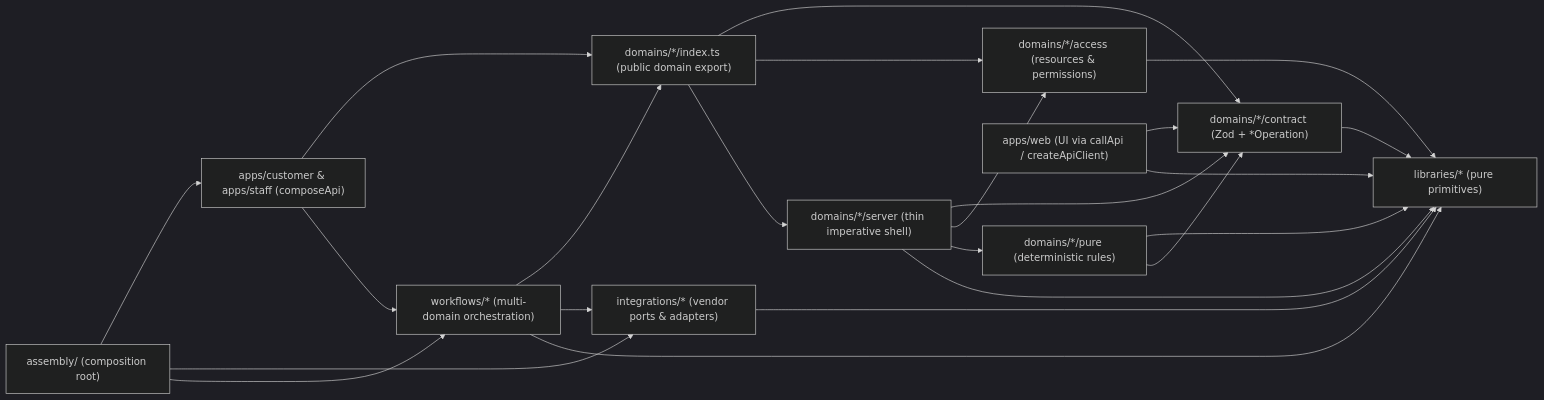
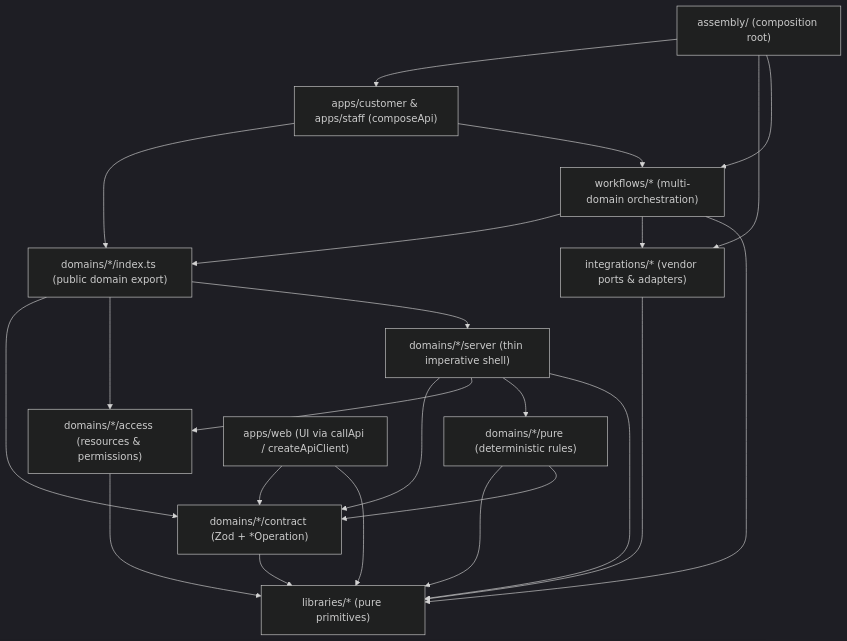
Before and after one commit to brytoncooper/dads-framework: the diagram in docs/site/guides/where-code-goes.md, drawn with Mermaid (dark theme). The commit also changed 6 other files, not shown here.

Commit message:
feat(website): render Mermaid blocks to strict-CSP theme-aware SVGs at build time

````diff
--- a/docs/site/guides/where-code-goes.md
+++ b/docs/site/guides/where-code-goes.md
@@ -26,37 +26,37 @@
 ```mermaid
-flowchart LR
+flowchart TD
   libs["libraries/* (pure primitives)"]
   contract["domains/*/contract (Zod + *Operation)"]
   access["domains/*/access (resources & permissions)"]
   pure["domains/*/pure (deterministic rules)"]
   server["domains/*/server (thin imperative shell)"]
   domainApi["domains/*/index.ts (public domain export)"]
   integrations["integrations/* (vendor ports & adapters)"]
   workflows["workflows/* (multi-domain orchestration)"]
   web["apps/web (UI via callApi / createApiClient)"]
   apis["apps/customer & apps/staff (composeApi)"]
   assembly["assembly/ (composition root)"]
 
   contract --> libs
   access --> libs
   pure --> libs
   pure --> contract
   server --> contract
   server --> access
   server --> pure
   server --> libs
   domainApi --> contract
   domainApi --> access
   domainApi --> server
   integrations --> libs
   workflows --> domainApi
   workflows --> integrations
   workflows --> libs
   web --> contract
   web --> libs
   apis --> domainApi
   apis --> workflows
   assembly --> apis
   assembly --> integrations
   assembly --> workflows
 ```
````
